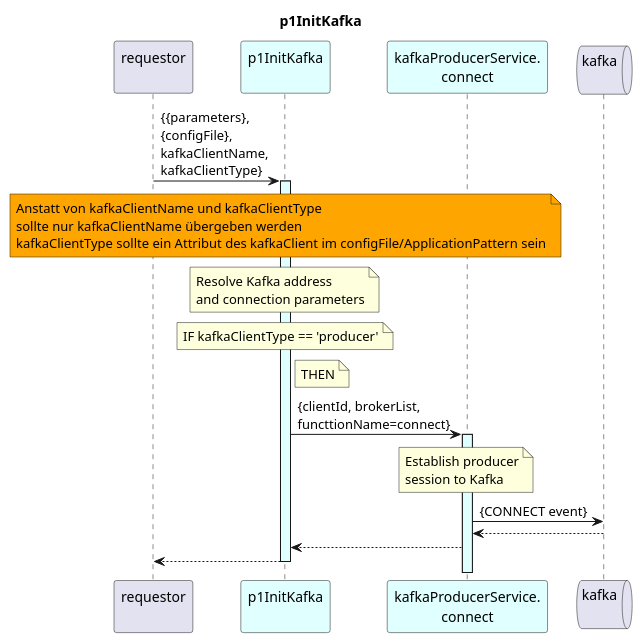
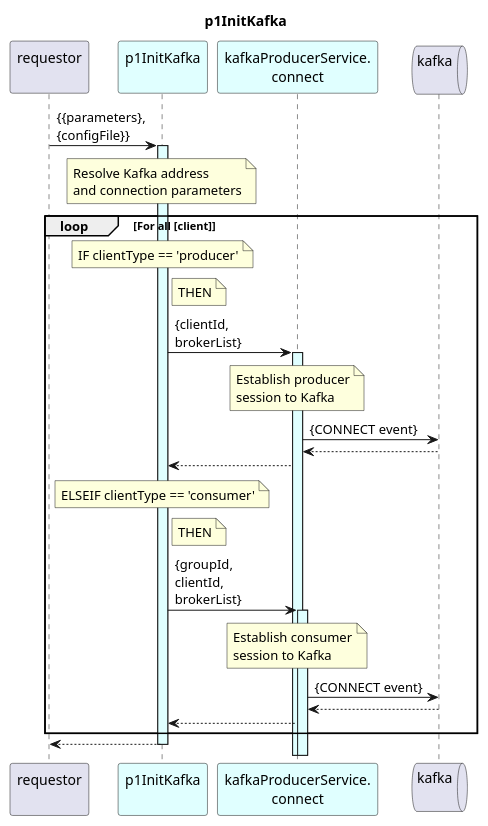
The diagram in spec/Functions/specificFunctions/p1StreamPmData/p1InitKafka/1.0.0/p1InitKafka.plantuml (openBackhaul/DevicePerformanceManagementDataProcessor), drawn with PlantUML before and after one commit. The commit also changed 14 other files, not shown here.

Commit message:
Make p1InitKafka configurable

```diff
--- a/spec/Functions/specificFunctions/p1StreamPmData/p1InitKafka/1.0.0/p1InitKafka.plantuml
+++ b/spec/Functions/specificFunctions/p1StreamPmData/p1InitKafka/1.0.0/p1InitKafka.plantuml
@@ -1,50 +1,68 @@
 @startuml p1InitKafka
 skinparam responseMessageBelowArrow true
 
 title
   p1InitKafka
 end title
 
 participant "requestor\n" as requestor
 participant "p1InitKafka\n" as p1Init #LightCyan
 participant "kafkaProducerService.\nconnect" as p1KafkaP #LightCyan
 queue "kafka\n" as kafka
 
-requestor -> p1Init : {{parameters},\n{configFile},\nkafkaClientName,\nkafkaClientType}
+requestor -> p1Init : {{parameters},\n{configFile}}
 activate p1Init #LightCyan
-
-  note over p1Init #Orange
-    Anstatt von kafkaClientName und kafkaClientType
-    sollte nur kafkaClientName übergeben werden
-    kafkaClientType sollte ein Attribut des kafkaClient im configFile/ApplicationPattern sein
-  end note
 
   note over p1Init
     Resolve Kafka address
     and connection parameters
   end note
 
-  note over p1Init
-    IF kafkaClientType == 'producer'
-  end note
+  loop For all [client]
 
-  note right p1Init
-    THEN
-  end note
+    note over p1Init
+      IF clientType == 'producer'
+    end note
 
-  p1Init -> p1KafkaP : {clientId, brokerList, \nfuncttionName=connect}
-  activate p1KafkaP #LightCyan
+    note right p1Init
+      THEN
+    end note
 
-    note over p1KafkaP
-      Establish producer
-      session to Kafka
+    p1Init -> p1KafkaP : {clientId,\nbrokerList}
+    activate p1KafkaP #LightCyan
+
+      note over p1KafkaP
+        Establish producer
+        session to Kafka
+      end note
+      p1KafkaP -> kafka : {CONNECT event}
+      p1KafkaP <-- kafka
+
+    p1Init <-- p1KafkaP
+
+    note over p1Init
+      ELSEIF clientType == 'consumer'
     end note
-    p1KafkaP -> kafka : {CONNECT event}
-    p1KafkaP <-- kafka
 
-  p1Init <-- p1KafkaP
+    note right p1Init
+      THEN
+    end note
+
+    p1Init -> p1KafkaP : {groupId,\nclientId,\nbrokerList}
+    activate p1KafkaP #LightCyan
+
+      note over p1KafkaP
+        Establish consumer
+        session to Kafka
+      end note
+      p1KafkaP -> kafka : {CONNECT event}
+      p1KafkaP <-- kafka
+
+    p1Init <-- p1KafkaP
+
+  end loop
 
 requestor <-- p1Init
 deactivate p1Init
 
 @enduml
```
